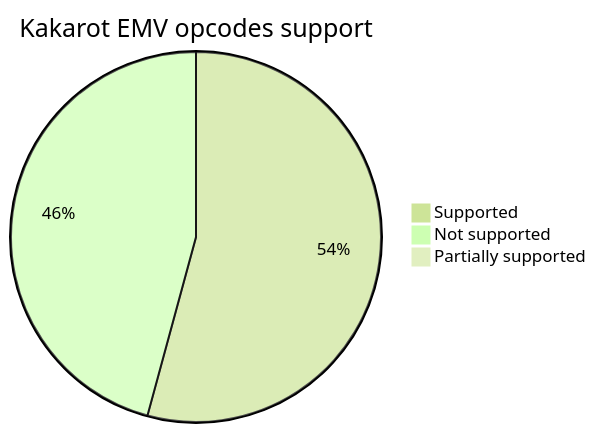
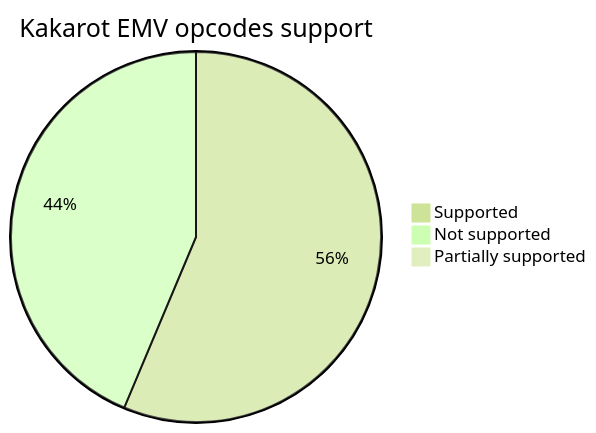
The first of 2 diagrams in README.md (kkrt-labs/kakarot), drawn with Mermaid before and after one commit.

Commit message:
📝 update supported opcodes pie chart

````diff
--- a/README.md
+++ b/README.md
@@ -39,7 +39,7 @@
 ```mermaid
 %%{init: {'theme': 'forest', 'themeVariables': { 'darkMode': 'false'}}}%%
 pie title Kakarot EMV opcodes support
-    "Supported" : 77
-    "Not supported" : 65
+    "Supported" : 80
+    "Not supported" : 62
     "Partially supported" : 0
 ```
````
